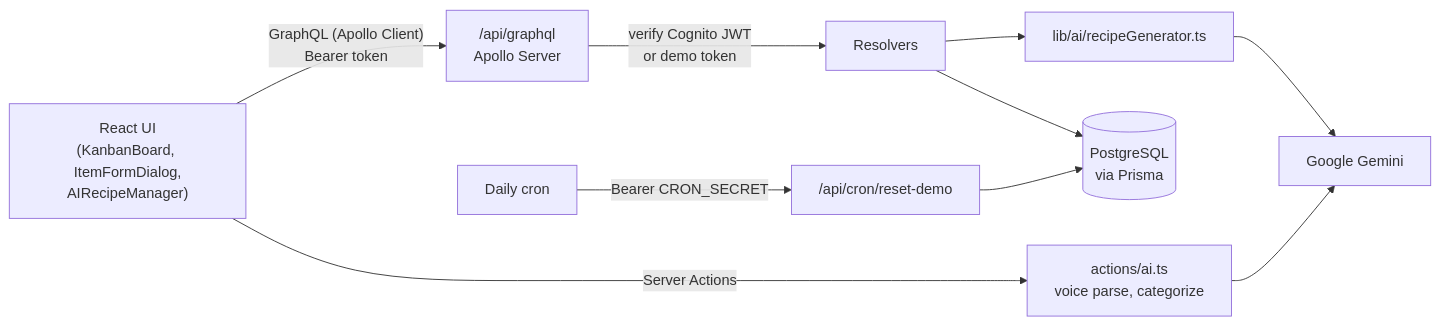
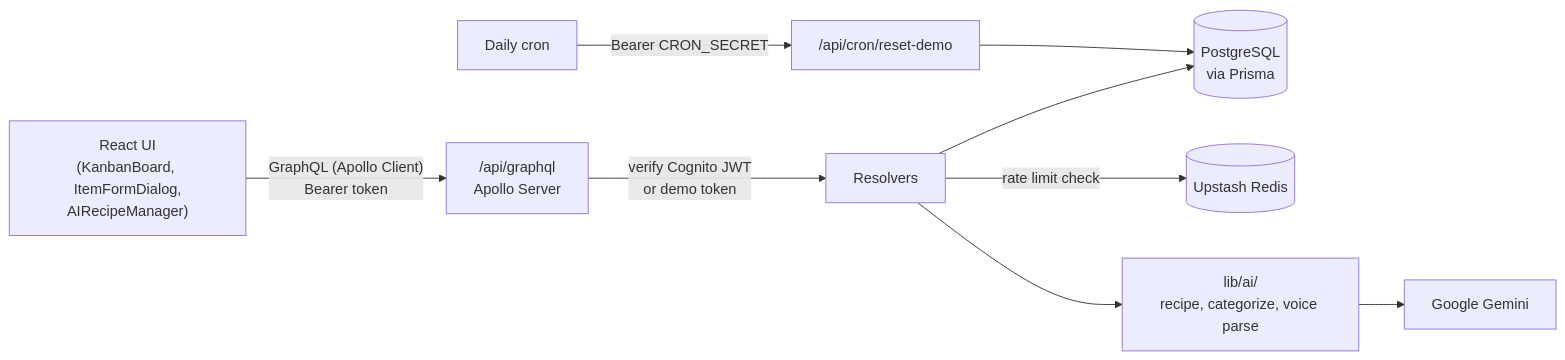
Before and after one commit to albert0891/pantry-ai: the diagram in README.md, drawn with Mermaid. The commit also changed other lines of this file and 14 other files, not shown here.

First line of the commit message:
fix: complete the AI helper move to GraphQL and check staged snapshot in pre-commit

````diff
--- a/README.md
+++ b/README.md
@@ -49,11 +49,10 @@
 ```mermaid
 flowchart LR
   UI["React UI<br/>(KanbanBoard, ItemFormDialog,<br/>AIRecipeManager)"] -- "GraphQL (Apollo Client)<br/>Bearer token" --> GQL["/api/graphql<br/>Apollo Server"]
-  UI -- "Server Actions" --> SA["actions/ai.ts<br/>voice parse, categorize"]
   GQL -- "verify Cognito JWT<br/>or demo token" --> RES["Resolvers"]
   RES --> DB[("PostgreSQL<br/>via Prisma")]
-  RES --> GEN["lib/ai/recipeGenerator.ts"]
+  RES -- "rate limit check" --> RL[("Upstash Redis")]
+  RES --> GEN["lib/ai/<br/>recipe, categorize, voice parse"]
   GEN --> GEM["Google Gemini"]
-  SA --> GEM
   CRON["Daily cron"] -- "Bearer CRON_SECRET" --> RESET["/api/cron/reset-demo"] --> DB
 ```
````
